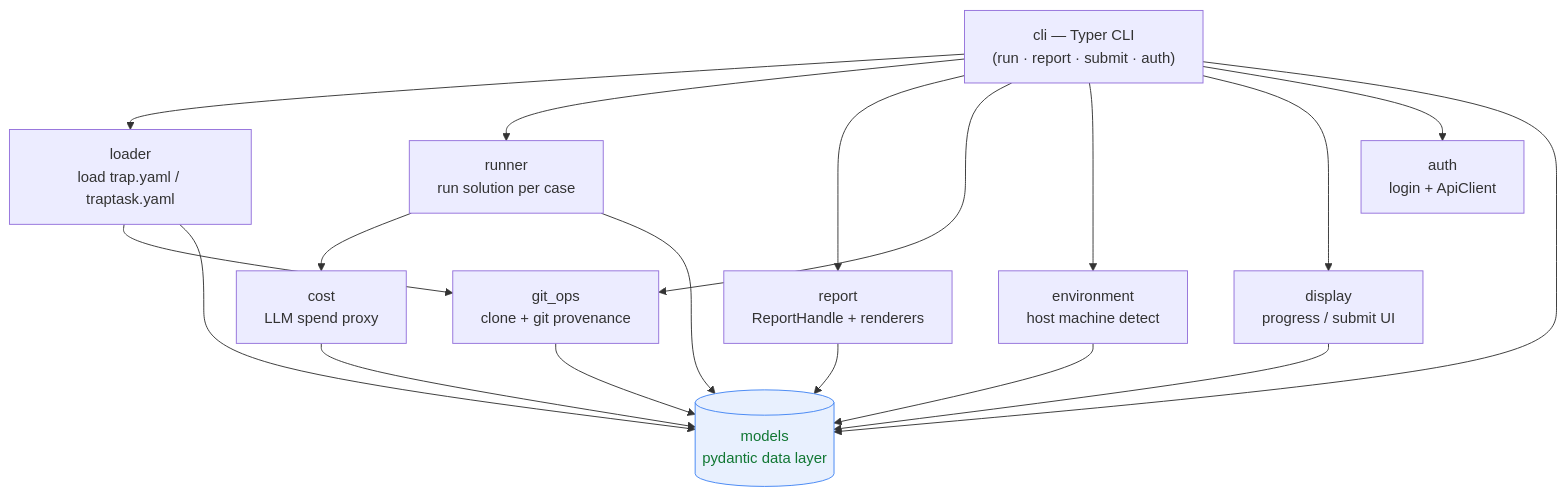
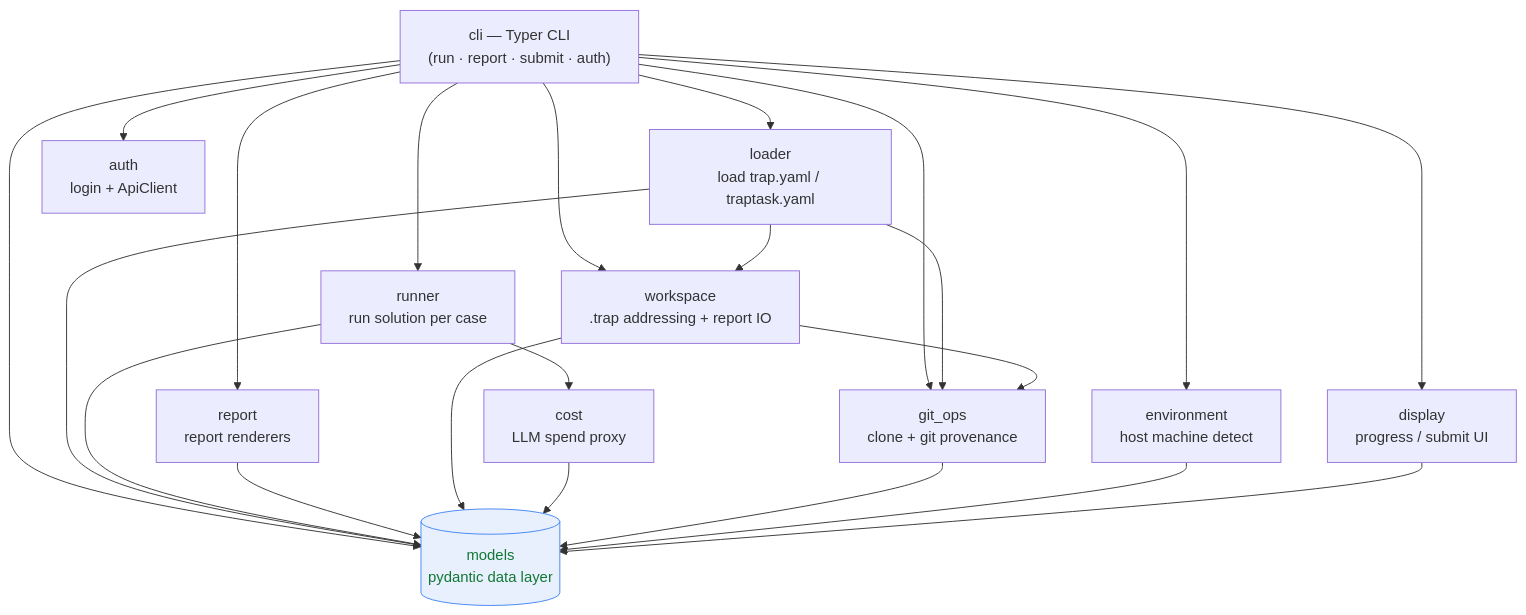
One commit to trapstreet/trap changed the first of 3 diagrams in docs/code-map.md. Above: the diagram before and after it, drawn with Mermaid. The commit also changed other lines of this file and 15 other files, not shown here.

````diff
--- a/docs/code-map.md
+++ b/docs/code-map.md
@@ -15,34 +15,39 @@
 ```mermaid
 graph TD
     cli["cli — Typer CLI<br/>(run · report · submit · auth)"]
     loader["loader<br/>load trap.yaml / traptask.yaml"]
     runner["runner<br/>run solution per case"]
-    report["report<br/>ReportHandle + renderers"]
+    report["report<br/>report renderers"]
     cost["cost<br/>LLM spend proxy"]
     git_ops["git_ops<br/>clone + git provenance"]
     environment["environment<br/>host machine detect"]
     display["display<br/>progress / submit UI"]
     auth["auth<br/>login + ApiClient"]
+    workspace["workspace<br/>.trap addressing + report IO"]
     models[("models<br/>pydantic data layer")]
 
     cli --> loader
     cli --> runner
     cli --> report
     cli --> git_ops
     cli --> environment
     cli --> display
     cli --> auth
+    cli --> workspace
     cli --> models
     loader --> git_ops
     loader --> models
+    loader --> workspace
     runner --> cost
     runner --> models
     report --> models
+    workspace --> git_ops
+    workspace --> models
     cost --> models
     git_ops --> models
     environment --> models
     display --> models
 
     classDef data fill:#e8f0fe,stroke:#4285f4,color:#173;
     class models data;
 ```
````
